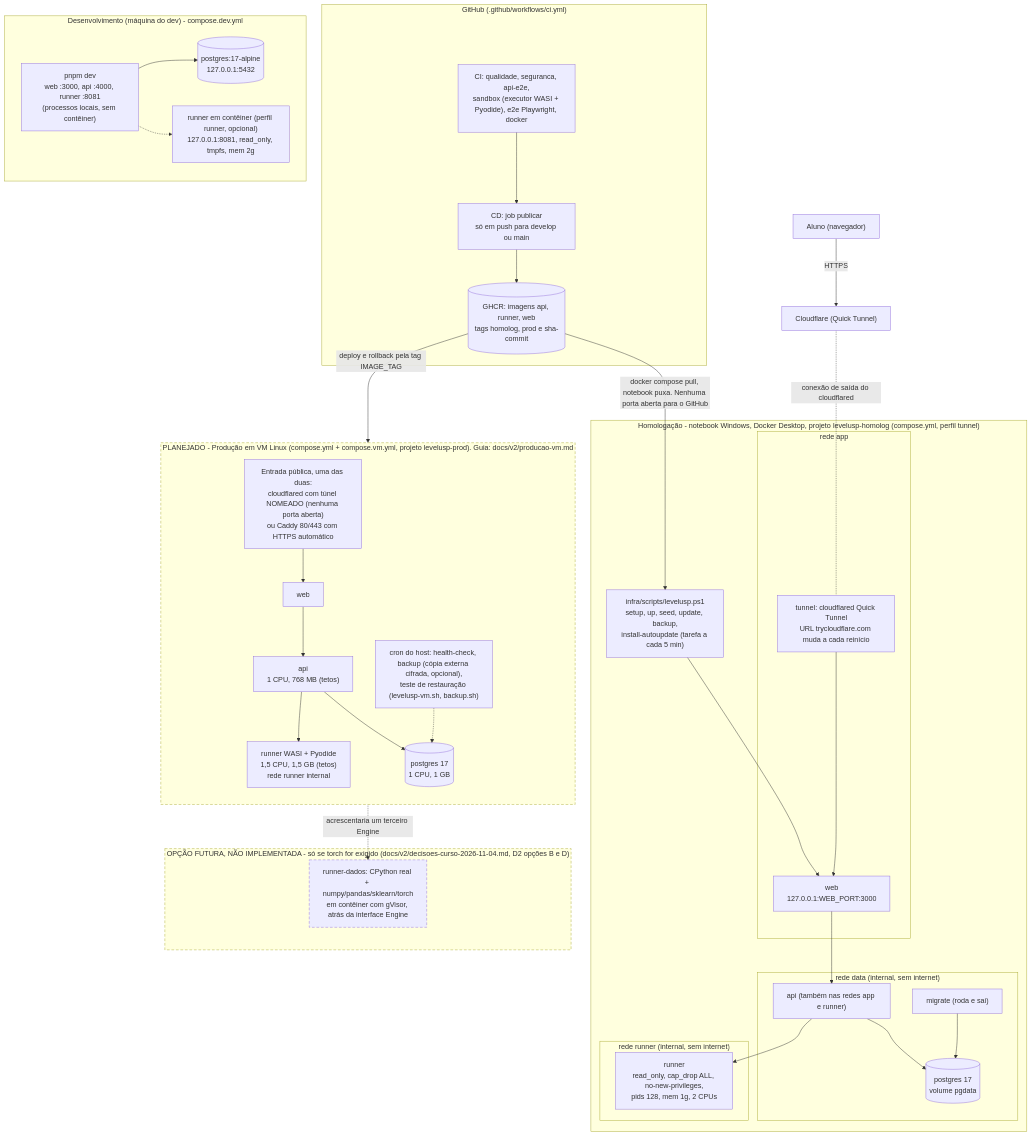
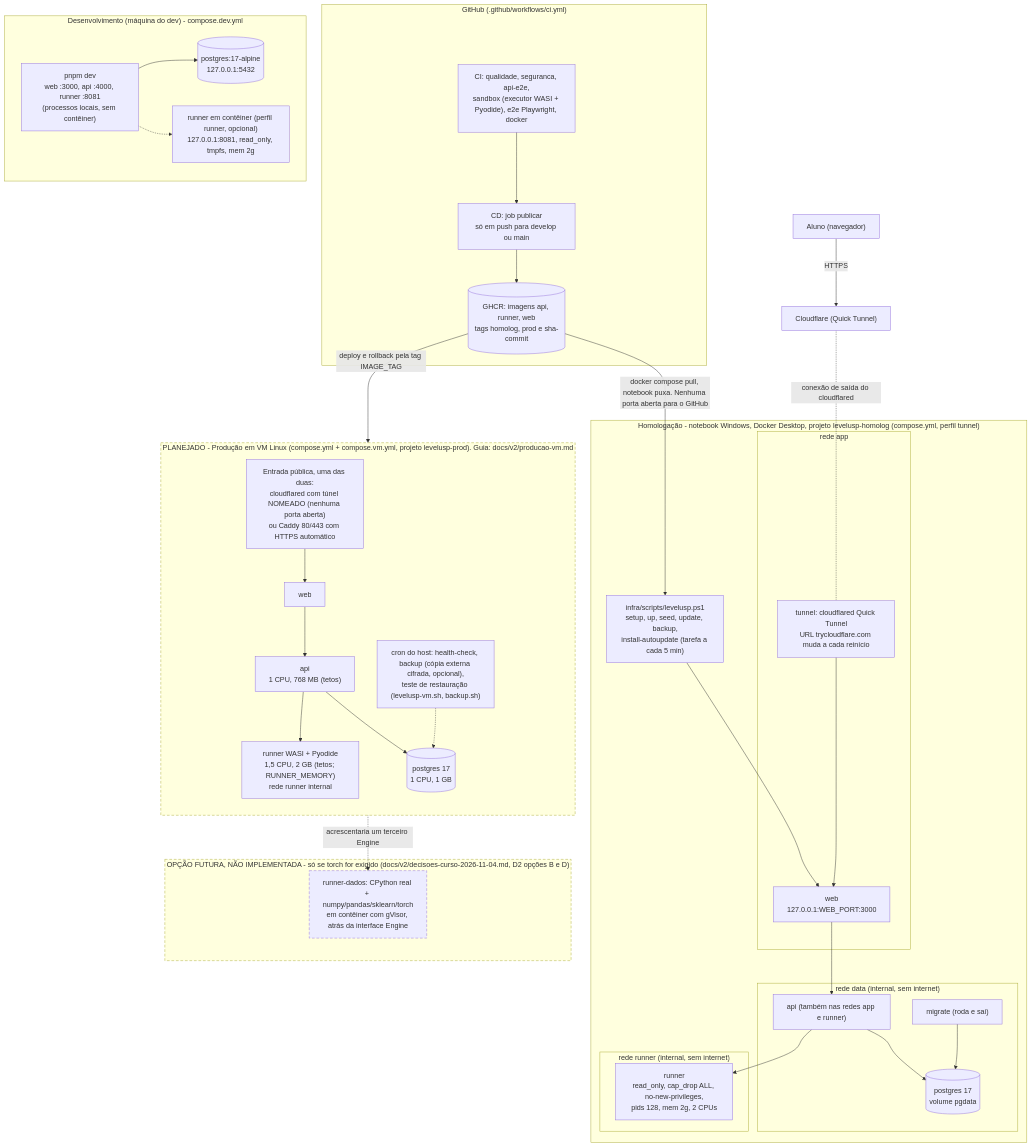
The diagram in docs/tcc/diagramas/06-implantacao.mmd (Lip3Bazinga/v0-level-usp-project), drawn with Mermaid before and after one commit. The commit also changed 3 other files, not shown here.

First line of the commit message:
docs(tcc): diagramas 02, 04 e 06 e rastreabilidade conferidos no commit 5add24f

```diff
--- a/docs/tcc/diagramas/06-implantacao.mmd
+++ b/docs/tcc/diagramas/06-implantacao.mmd
@@ -1,70 +1,70 @@
 %% Implantação: desenvolvimento, homologação (notebook + Cloudflare Tunnel) e produção na VM.
 %% Rastreabilidade de cada caixa e seta: docs/tcc/diagramas/rastreabilidade.md, seção 06.
 %% Legenda: caixa tracejada = PLANEJADO (ainda não existe em operação) ou OPÇÃO FUTURA (não implementada).
 flowchart TB
   subgraph GH["GitHub (.github/workflows/ci.yml)"]
     CI["CI: qualidade, seguranca, api-e2e,<br/>sandbox (executor WASI + Pyodide), e2e Playwright, docker"]
     CD["CD: job publicar<br/>só em push para develop ou main"]
     GHCR[("GHCR: imagens api, runner, web<br/>tags homolog, prod e sha-commit")]
     CI --> CD --> GHCR
   end
 
   subgraph DEV["Desenvolvimento (máquina do dev) - compose.dev.yml"]
     DEVPG[("postgres:17-alpine<br/>127.0.0.1:5432")]
     DEVAPP["pnpm dev<br/>web :3000, api :4000, runner :8081<br/>(processos locais, sem contêiner)"]
     DEVRUN["runner em contêiner (perfil runner, opcional)<br/>127.0.0.1:8081, read_only, tmpfs, mem 2g"]
     DEVAPP --> DEVPG
     DEVAPP -.-> DEVRUN
   end
 
   subgraph HML["Homologação - notebook Windows, Docker Desktop, projeto levelusp-homolog (compose.yml, perfil tunnel)"]
     PS["infra/scripts/levelusp.ps1<br/>setup, up, seed, update, backup,<br/>install-autoupdate (tarefa a cada 5 min)"]
     subgraph HNETAPP["rede app"]
       HWEB["web<br/>127.0.0.1:WEB_PORT:3000"]
       HTUN["tunnel: cloudflared Quick Tunnel<br/>URL trycloudflare.com muda a cada reinício"]
     end
     subgraph HNETDATA["rede data (internal, sem internet)"]
       HAPI["api (também nas redes app e runner)"]
       HPG[("postgres 17<br/>volume pgdata")]
       HMIG["migrate (roda e sai)"]
     end
     subgraph HNETRUN["rede runner (internal, sem internet)"]
-      HRUN["runner<br/>read_only, cap_drop ALL, no-new-privileges,<br/>pids 128, mem 1g, 2 CPUs"]
+      HRUN["runner<br/>read_only, cap_drop ALL, no-new-privileges,<br/>pids 128, mem 2g, 2 CPUs"]
     end
     PS --> HWEB
     HTUN --> HWEB
     HWEB --> HAPI
     HAPI --> HPG
     HAPI --> HRUN
     HMIG --> HPG
   end
 
   INTERNET["Aluno (navegador)"]
   CFQ["Cloudflare (Quick Tunnel)"]
   INTERNET -- HTTPS --> CFQ
   CFQ -. "conexão de saída do cloudflared" .- HTUN
   GHCR -- "docker compose pull, notebook puxa. Nenhuma porta aberta para o GitHub" --> PS
 
   subgraph VMP["PLANEJADO - Produção em VM Linux (compose.yml + compose.vm.yml, projeto levelusp-prod). Guia: docs/v2/producao-vm.md"]
     direction TB
     VINGRESS["Entrada pública, uma das duas:<br/>cloudflared com túnel NOMEADO (nenhuma porta aberta)<br/>ou Caddy 80/443 com HTTPS automático"]
     VWEB["web"]
     VAPI["api<br/>1 CPU, 768 MB (tetos)"]
-    VRUN["runner WASI + Pyodide<br/>1,5 CPU, 1,5 GB (tetos)<br/>rede runner internal"]
+    VRUN["runner WASI + Pyodide<br/>1,5 CPU, 2 GB (tetos; RUNNER_MEMORY)<br/>rede runner internal"]
     VPG[("postgres 17<br/>1 CPU, 1 GB")]
     VCRON["cron do host: health-check, backup (cópia externa cifrada, opcional),<br/>teste de restauração (levelusp-vm.sh, backup.sh)"]
     VINGRESS --> VWEB --> VAPI
     VAPI --> VRUN
     VAPI --> VPG
     VCRON -.-> VPG
   end
   GHCR -- "deploy e rollback pela tag IMAGE_TAG" --> VMP
 
   subgraph FUTURO["OPÇÃO FUTURA, NÃO IMPLEMENTADA - só se torch for exigido (docs/v2/decisoes-curso-2026-11-04.md, D2 opções B e D)"]
     VGV["runner-dados: CPython real + numpy/pandas/sklearn/torch<br/>em contêiner com gVisor, atrás da interface Engine"]
   end
   VRUN -. "acrescentaria um terceiro Engine" .-> VGV
 
   style VMP stroke-dasharray: 6 4
   style FUTURO stroke-dasharray: 6 4
   style VGV stroke-dasharray: 6 4
```
